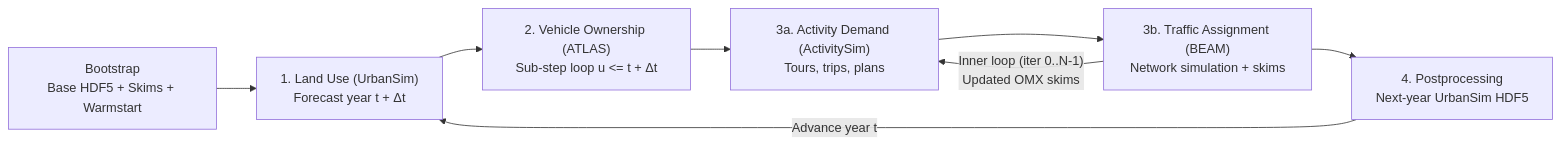
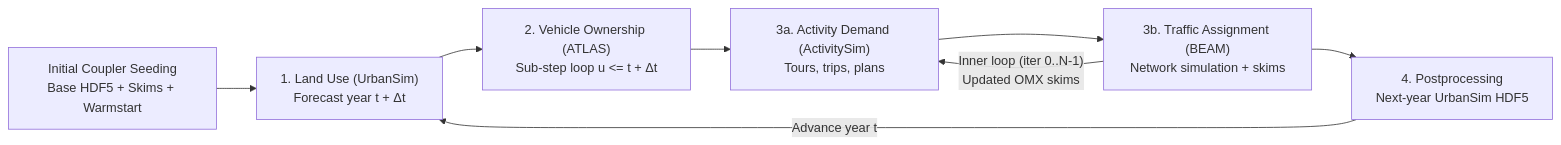
The second of 2 diagrams in docs/workflow/architecture.md (LBNL-UCB-STI/PILATES), drawn with Mermaid before and after one commit. The commit also changed other lines of this file and 15 other files, not shown here.

````diff
--- a/docs/workflow/architecture.md
+++ b/docs/workflow/architecture.md
@@ -56,10 +55,10 @@
 ```mermaid
 flowchart LR
-    Boot["Bootstrap<br/>Base HDF5 + Skims + Warmstart"] --> LU["1. Land Use (UrbanSim)<br/>Forecast year t + Δt"]
+    Seed["Initial Coupler Seeding<br/>Base HDF5 + Skims + Warmstart"] --> LU["1. Land Use (UrbanSim)<br/>Forecast year t + Δt"]
     LU --> ATLAS["2. Vehicle Ownership (ATLAS)<br/>Sub-step loop u <= t + Δt"]
     ATLAS --> ASIM["3a. Activity Demand (ActivitySim)<br/>Tours, trips, plans"]
     ASIM --> BEAM["3b. Traffic Assignment (BEAM)<br/>Network simulation + skims"]
     BEAM -- "Inner loop (iter 0..N-1)<br/>Updated OMX skims" --> ASIM
     BEAM --> Post["4. Postprocessing<br/>Next-year UrbanSim HDF5"]
     Post -- "Advance year t" --> LU
 ```
````
